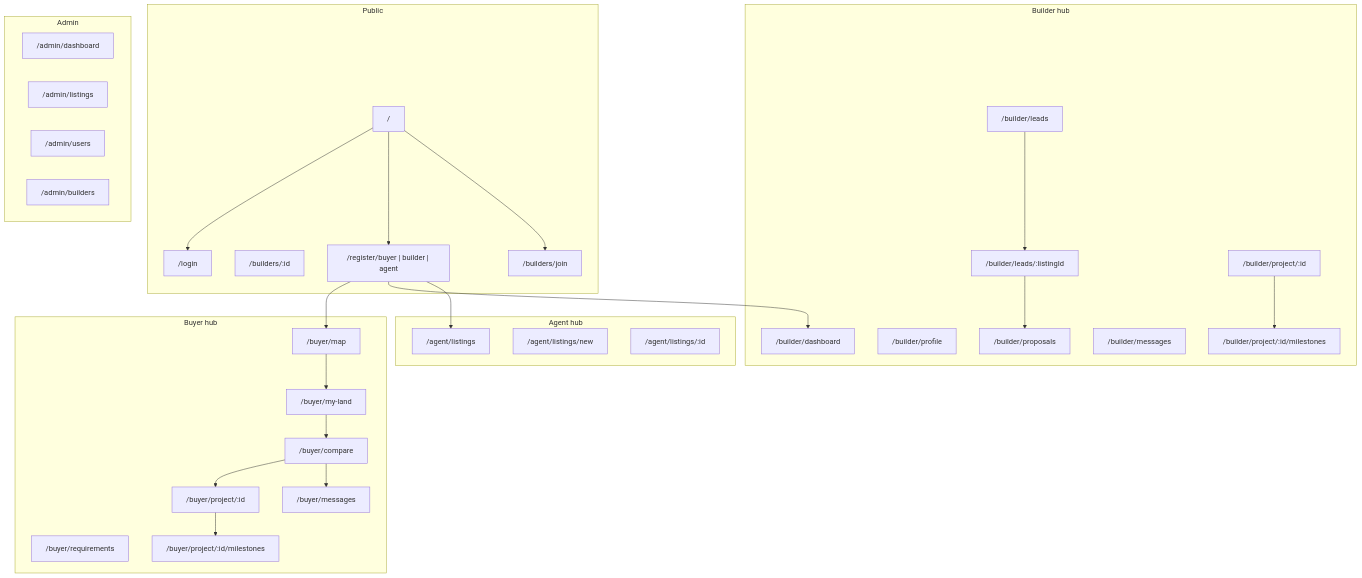
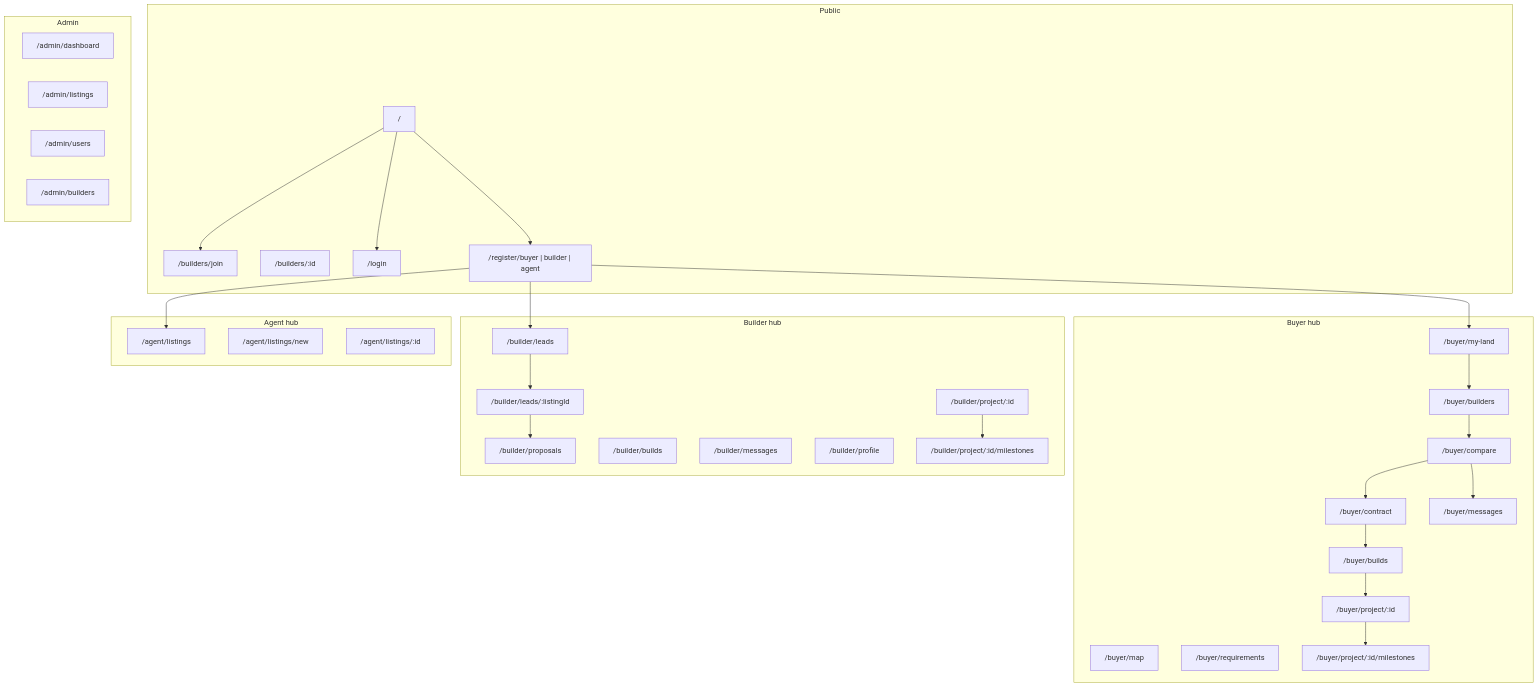
The second of 7 diagrams in docs/ARCHITECTURE.md (dealszillame-blip/velu-app), drawn with Mermaid before and after one commit. The commit also changed other lines of this file and 1 other file, not shown here.

First line of the commit message:
Bring the feature inventory in line with the land-first shell.

````diff
--- a/docs/ARCHITECTURE.md
+++ b/docs/ARCHITECTURE.md
@@ -121,59 +121,64 @@
 ```mermaid
 flowchart TB
   subgraph Public
     L["/"]
     JOIN["/builders/join"]
     PROF["/builders/:id"]
     LOGIN["/login"]
     REG["/register/buyer | builder | agent"]
   end
 
   subgraph Buyer["Buyer hub"]
+    LAND["/buyer/my-land"]
+    BLD2["/buyer/builders"]
+    CMP["/buyer/compare"]
+    CON["/buyer/contract"]
+    BUILDS["/buyer/builds"]
     MAP["/buyer/map"]
-    LAND["/buyer/my-land"]
     REQ["/buyer/requirements"]
-    CMP["/buyer/compare"]
     MSG["/buyer/messages"]
     PRJ["/buyer/project/:id"]
     PML["/buyer/project/:id/milestones"]
   end
 
   subgraph Builder["Builder hub"]
-    BD["/builder/dashboard"]
+    BL["/builder/leads"]
+    BPR["/builder/proposals"]
+    BB["/builder/builds"]
+    BM["/builder/messages"]
     BP["/builder/profile"]
-    BL["/builder/leads"]
     BLD["/builder/leads/:listingId"]
-    BPR["/builder/proposals"]
-    BM["/builder/messages"]
     BPJ["/builder/project/:id"]
     BPM["/builder/project/:id/milestones"]
   end
 
   subgraph Agent["Agent hub"]
     AL["/agent/listings"]
     AN["/agent/listings/new"]
     AE["/agent/listings/:id"]
   end
 
   subgraph Admin["Admin"]
     AD["/admin/dashboard"]
     ALI["/admin/listings"]
     AU["/admin/users"]
     AB["/admin/builders"]
   end
 
   L --> LOGIN
   L --> REG
   L --> JOIN
-  REG --> MAP
-  REG --> BD
+  REG --> LAND
+  REG --> BL
   REG --> AL
-  MAP --> LAND
-  LAND --> CMP
-  CMP --> PRJ
+  LAND --> BLD2
+  BLD2 --> CMP
+  CMP --> CON
+  CON --> BUILDS
+  BUILDS --> PRJ
   PRJ --> PML
   BPJ --> BPM
   BL --> BLD
   BLD --> BPR
   CMP --> MSG
 ```
````
